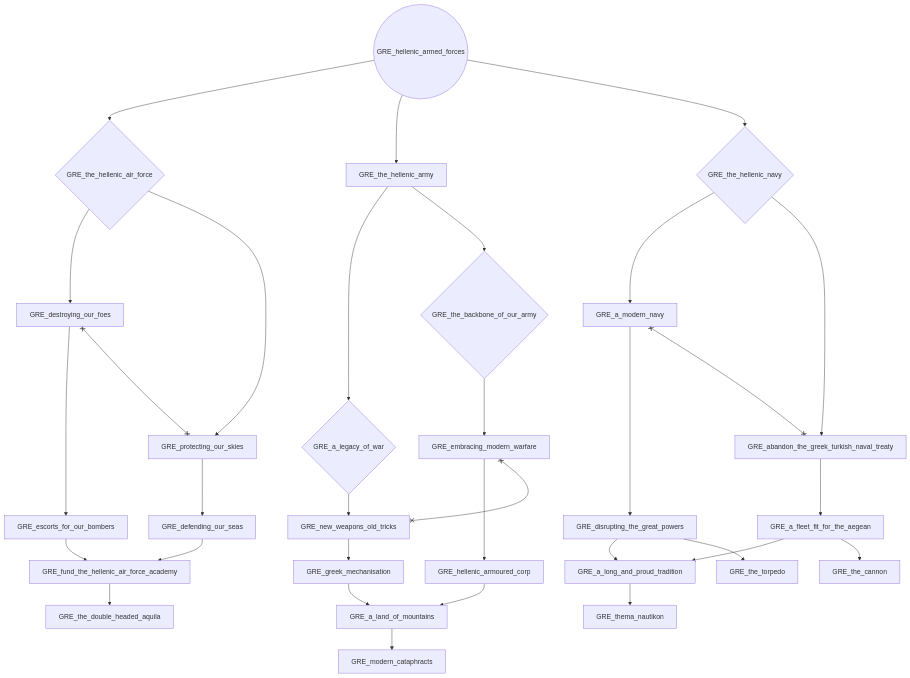
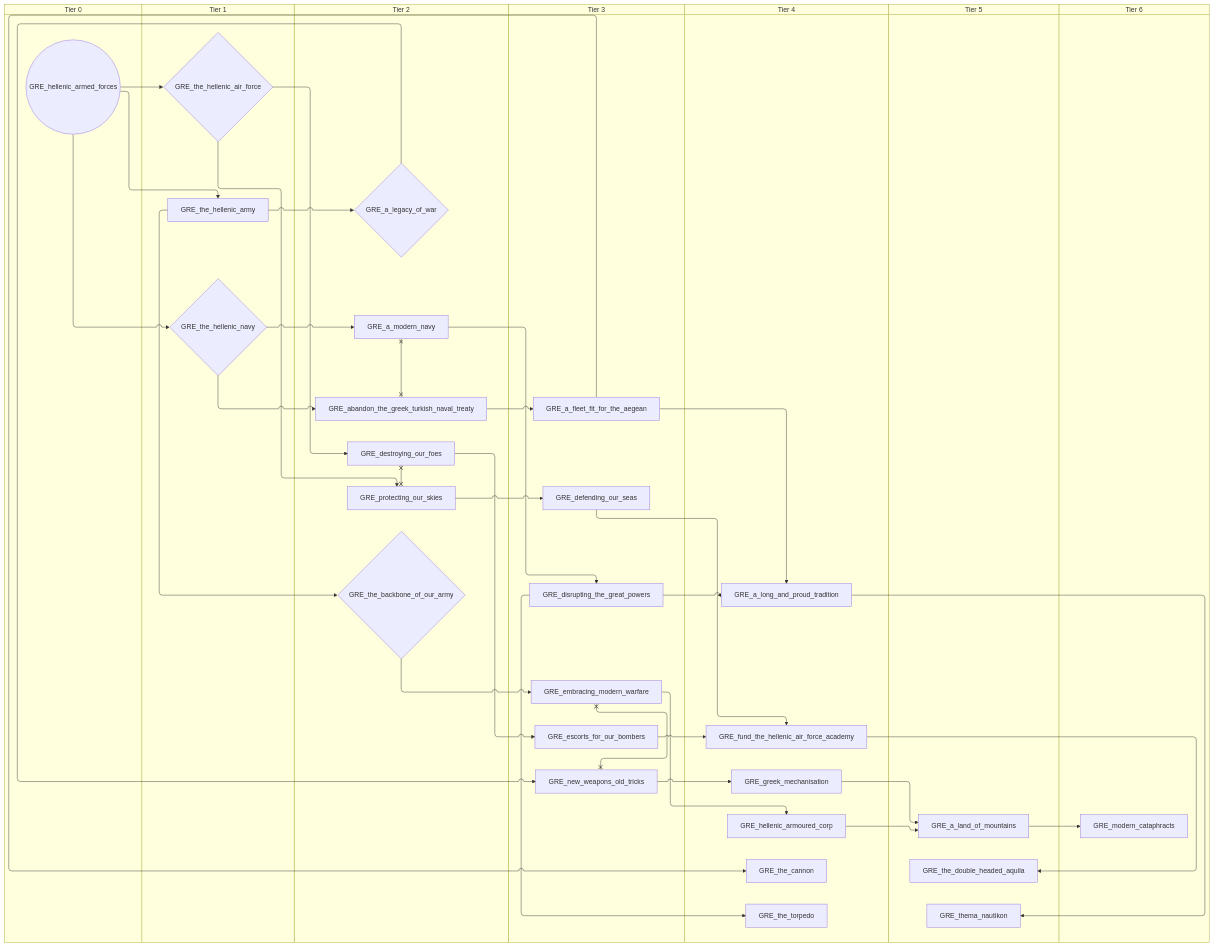
The second of 4 diagrams in docs/gdd/National Focuses/greece.md (evgeny-sobol/hoi4-sandbox-mode), drawn with Mermaid before and after one commit. The commit also changed other lines of this file and 80 other files, not shown here.

First line of the commit message:
Add swimlane mode to focus graph exporter

````diff
--- a/docs/gdd/National Focuses/greece.md
+++ b/docs/gdd/National Focuses/greece.md
@@ -89,60 +111,74 @@
 ```mermaid
-flowchart TD
-    n37["GRE_a_fleet_fit_for_the_aegean"]
-    n38["GRE_a_land_of_mountains"]
-    n39{"GRE_a_legacy_of_war"}
-    n40["GRE_a_long_and_proud_tradition"]
-    n41["GRE_a_modern_navy"]
-    n42["GRE_abandon_the_greek_turkish_naval_treaty"]
-    n43["GRE_defending_our_seas"]
-    n44["GRE_destroying_our_foes"]
-    n45["GRE_disrupting_the_great_powers"]
-    n46["GRE_embracing_modern_warfare"]
-    n47["GRE_escorts_for_our_bombers"]
-    n48["GRE_fund_the_hellenic_air_force_academy"]
-    n49["GRE_greek_mechanisation"]
-    n50(("GRE_hellenic_armed_forces"))
-    n51["GRE_hellenic_armoured_corp"]
-    n52["GRE_modern_cataphracts"]
-    n53["GRE_new_weapons_old_tricks"]
-    n54["GRE_protecting_our_skies"]
-    n55{"GRE_the_backbone_of_our_army"}
-    n56["GRE_the_cannon"]
-    n57["GRE_the_double_headed_aquila"]
-    n58{"GRE_the_hellenic_air_force"}
-    n59["GRE_the_hellenic_army"]
-    n60{"GRE_the_hellenic_navy"}
-    n61["GRE_the_torpedo"]
-    n62["GRE_thema_nautikon"]
-    n42 --> n37
-    n51 --> n38
-    n49 --> n38
-    n59 --> n39
-    n45 --> n40
+swimlane-beta TD
+    subgraph tier_0["Tier 0"]
+        n37(("GRE_hellenic_armed_forces"))
+    end
+    subgraph tier_1["Tier 1"]
+        n38{"GRE_the_hellenic_air_force"}
+        n39["GRE_the_hellenic_army"]
+        n40{"GRE_the_hellenic_navy"}
+    end
+    subgraph tier_2["Tier 2"]
+        n41{"GRE_a_legacy_of_war"}
+        n42["GRE_a_modern_navy"]
+        n43["GRE_abandon_the_greek_turkish_naval_treaty"]
+        n44["GRE_destroying_our_foes"]
+        n45["GRE_protecting_our_skies"]
+        n46{"GRE_the_backbone_of_our_army"}
+    end
+    subgraph tier_3["Tier 3"]
+        n47["GRE_a_fleet_fit_for_the_aegean"]
+        n48["GRE_defending_our_seas"]
+        n49["GRE_disrupting_the_great_powers"]
+        n50["GRE_embracing_modern_warfare"]
+        n51["GRE_escorts_for_our_bombers"]
+        n52["GRE_new_weapons_old_tricks"]
+    end
+    subgraph tier_4["Tier 4"]
+        n53["GRE_a_long_and_proud_tradition"]
+        n54["GRE_fund_the_hellenic_air_force_academy"]
+        n55["GRE_greek_mechanisation"]
+        n56["GRE_hellenic_armoured_corp"]
+        n57["GRE_the_cannon"]
+        n58["GRE_the_torpedo"]
+    end
+    subgraph tier_5["Tier 5"]
+        n59["GRE_a_land_of_mountains"]
+        n60["GRE_the_double_headed_aquila"]
+        n61["GRE_thema_nautikon"]
+    end
+    subgraph tier_6["Tier 6"]
+        n62["GRE_modern_cataphracts"]
+    end
+    n43 --> n47
+    n56 --> n59
+    n55 --> n59
+    n39 --> n41
+    n49 --> n53
+    n47 --> n53
+    n40 --> n42
+    n40 --> n43
+    n45 --> n48
+    n38 --> n44
+    n42 --> n49
+    n46 --> n50
+    n44 --> n51
+    n51 --> n54
+    n48 --> n54
+    n52 --> n55
+    n50 --> n56
+    n59 --> n62
+    n41 --> n52
+    n38 --> n45
+    n39 --> n46
+    n47 --> n57
+    n54 --> n60
+    n37 --> n38
+    n37 --> n39
     n37 --> n40
-    n60 --> n41
-    n60 --> n42
-    n54 --> n43
-    n58 --> n44
-    n41 --> n45
-    n55 --> n46
-    n44 --> n47
-    n47 --> n48
-    n43 --> n48
-    n53 --> n49
-    n46 --> n51
-    n38 --> n52
-    n39 --> n53
-    n58 --> n54
-    n59 --> n55
-    n37 --> n56
-    n48 --> n57
-    n50 --> n58
-    n50 --> n59
-    n50 --> n60
-    n45 --> n61
-    n40 --> n62
-    n41 x--x n42
-    n44 x--x n54
-    n46 x--x n53
+    n49 --> n58
+    n53 --> n61
+    n42 x--x n43
+    n44 x--x n45
+    n50 x--x n52
 ```
````
